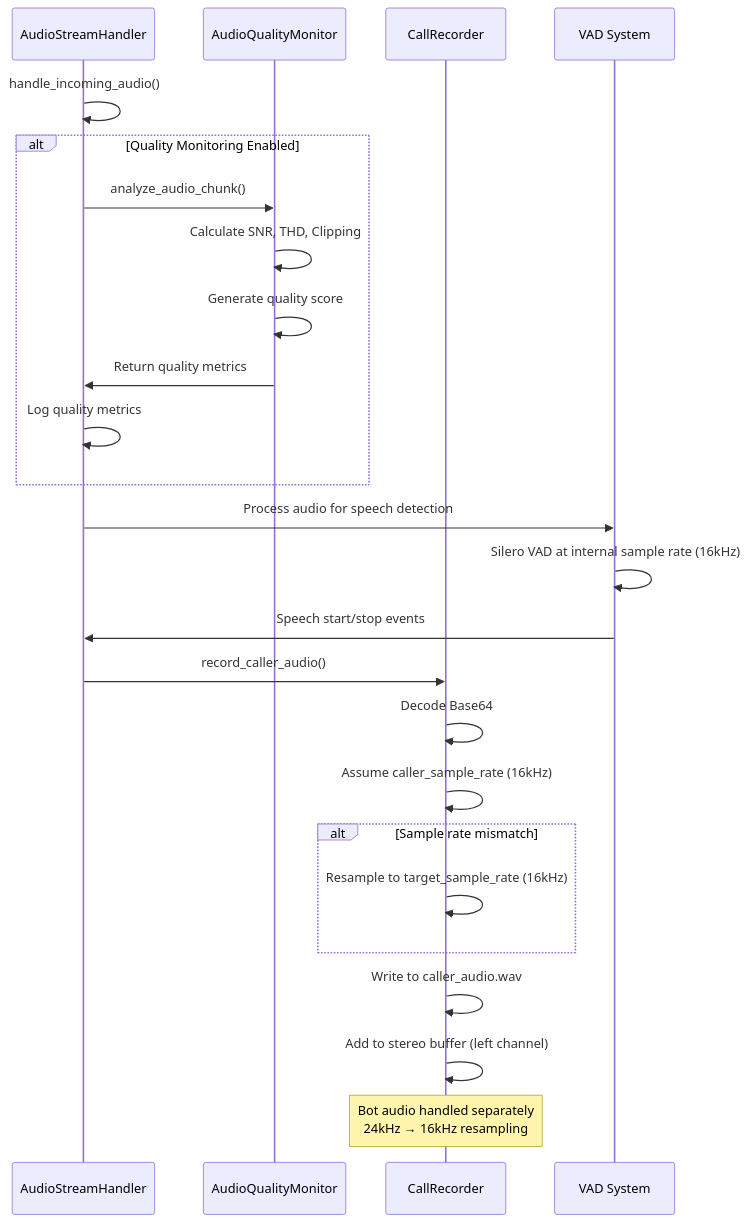
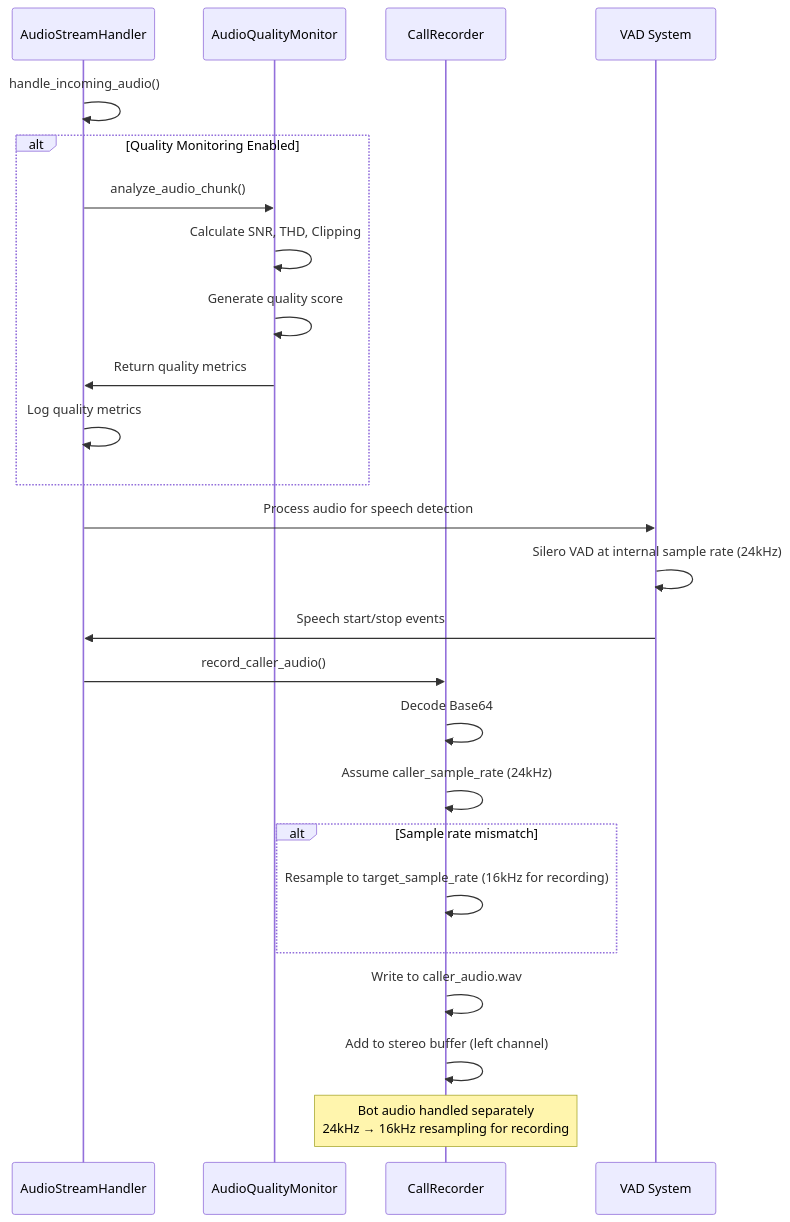
Before and after one commit to csmangum/opusagent: the ninth of 9 diagrams in docs/core/audio_technical_implementation.md, drawn with Mermaid. The commit also changed other lines of this file and 11 other files, not shown here.

````diff
--- a/docs/core/audio_technical_implementation.md
+++ b/docs/core/audio_technical_implementation.md
@@ -305,32 +306,32 @@
 ```mermaid
 sequenceDiagram
     participant ASH as AudioStreamHandler
     participant AQM as AudioQualityMonitor
     participant CR as CallRecorder
     participant VAD as VAD System
     
     ASH->>ASH: handle_incoming_audio()
     
     alt Quality Monitoring Enabled
         ASH->>AQM: analyze_audio_chunk()
         AQM->>AQM: Calculate SNR, THD, Clipping
         AQM->>AQM: Generate quality score
         AQM->>ASH: Return quality metrics
         ASH->>ASH: Log quality metrics
     end
     
     ASH->>VAD: Process audio for speech detection
-    VAD->>VAD: Silero VAD at internal sample rate (16kHz)
+    VAD->>VAD: Silero VAD at internal sample rate (24kHz)
     VAD->>ASH: Speech start/stop events
     
     ASH->>CR: record_caller_audio()
     CR->>CR: Decode Base64
-    CR->>CR: Assume caller_sample_rate (16kHz)
+    CR->>CR: Assume caller_sample_rate (24kHz)
     alt Sample rate mismatch
-        CR->>CR: Resample to target_sample_rate (16kHz)
+        CR->>CR: Resample to target_sample_rate (16kHz for recording)
     end
     CR->>CR: Write to caller_audio.wav
     CR->>CR: Add to stereo buffer (left channel)
     
-    Note over CR: Bot audio handled separately<br/>24kHz → 16kHz resampling
+    Note over CR: Bot audio handled separately<br/>24kHz → 16kHz resampling for recording
 ```
````
